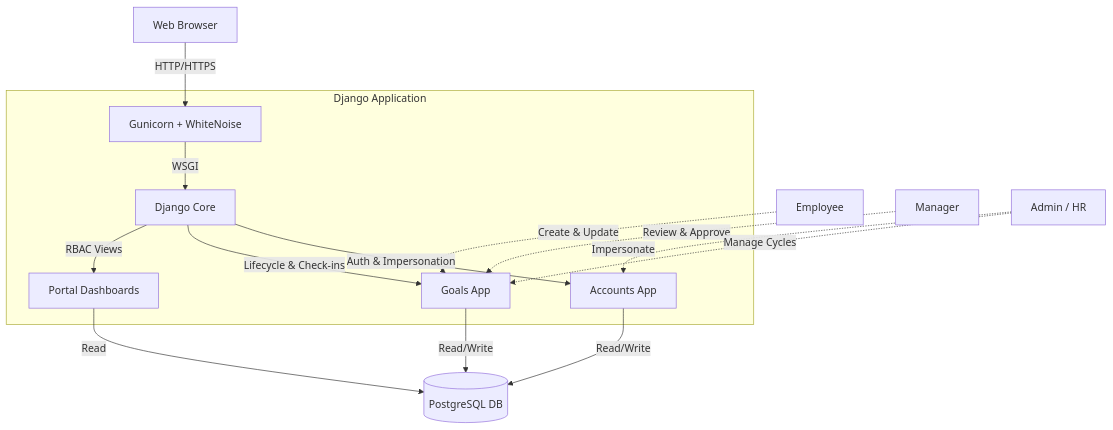
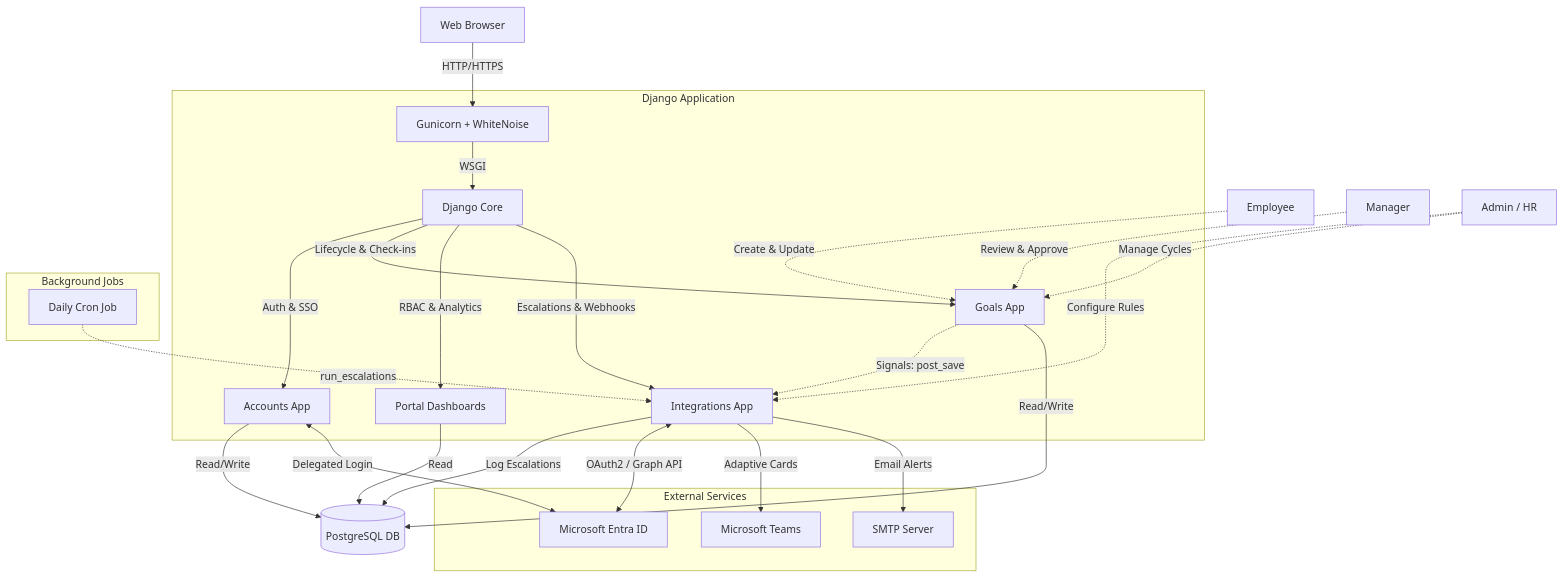
One commit to kashish2210/goal-portal changed the diagram in README.md. Above: the diagram before and after it, drawn with Mermaid. The commit also changed other lines of this file, not shown here.

````diff
--- a/README.md
+++ b/README.md
@@ -26,21 +28,43 @@
 ```mermaid
 graph TD
     Client[Web Browser] --> |HTTP/HTTPS| Gunicorn[Gunicorn + WhiteNoise]
     
     subgraph Django Application
         Gunicorn --> |WSGI| Server[Django Core]
-        Server --> |Auth & Impersonation| Auth[Accounts App]
+        Server --> |Auth & SSO| Auth[Accounts App]
         Server --> |Lifecycle & Check-ins| Goals[Goals App]
-        Server --> |RBAC Views| Dashboards[Portal Dashboards]
+        Server --> |RBAC & Analytics| Dashboards[Portal Dashboards]
+        Server --> |Escalations & Webhooks| Integrations[Integrations App]
+        
+        %% Internal Signal interactions
+        Goals -.-> |Signals: post_save| Integrations
     end
     
+    subgraph External Services
+        AzureAD[Microsoft Entra ID]
+        Teams[Microsoft Teams]
+        EmailServer[SMTP Server]
+    end
+    
+    subgraph Background Jobs
+        Cron[Daily Cron Job] -.-> |run_escalations| Integrations
+    end
+    
+    %% DB Connections
     Goals --> |Read/Write| Postgres[(PostgreSQL DB)]
     Auth --> |Read/Write| Postgres
     Dashboards --> |Read| Postgres
+    Integrations --> |Log Escalations| Postgres
+    
+    %% External API Connections 
+    Integrations <--> |OAuth2 / Graph API| AzureAD
+    Integrations --> |Adaptive Cards| Teams
+    Integrations --> |Email Alerts| EmailServer
+    Auth <--> |Delegated Login| AzureAD
     
     %% Role Interactions
     Employee[Employee] -.-> |Create & Update| Goals
     Manager[Manager] -.-> |Review & Approve| Goals
-    AdminHR[Admin / HR] -.-> |Manage Cycles| Goals
-    AdminHR -.-> |Impersonate| Auth
+    AdminHR[Admin / HR] -.-> |Configure Rules| Integrations
+    AdminHR -.-> |Manage Cycles| Goals
 ```
````
